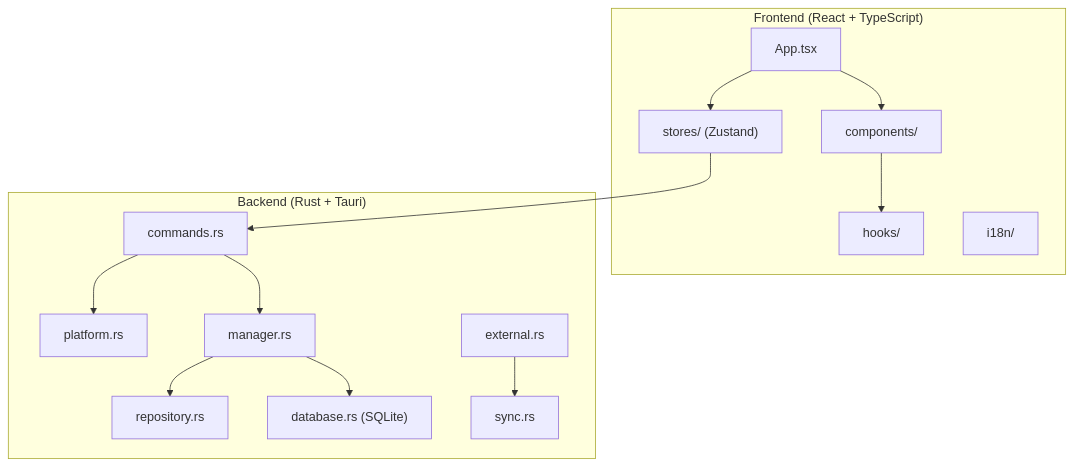
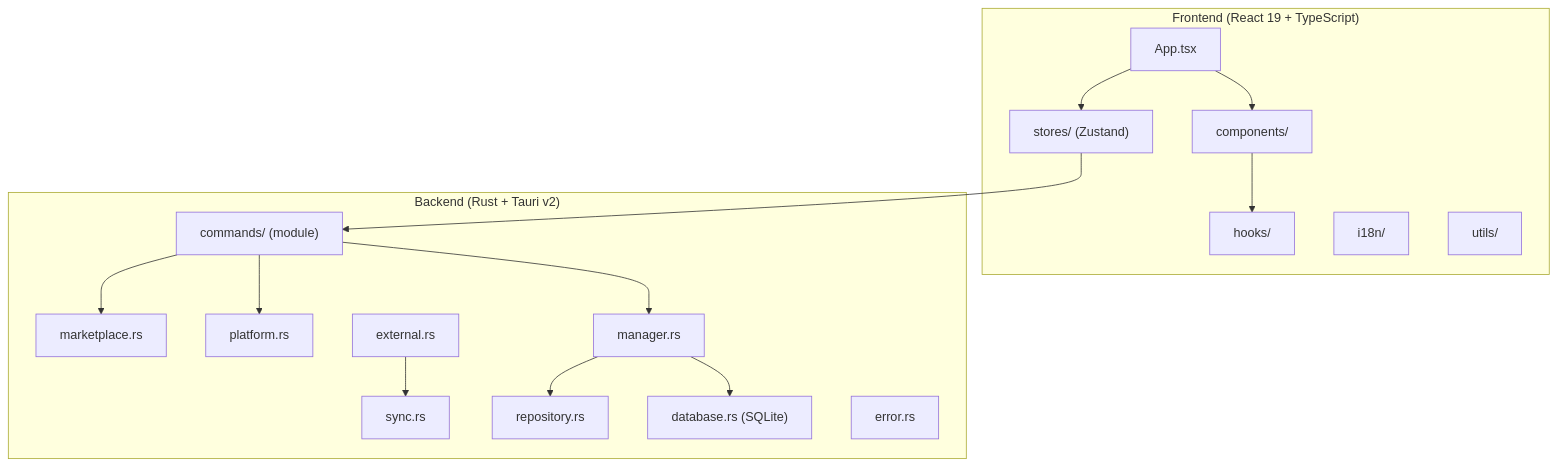
The diagram in agentkit-desktop/CLAUDE.md (bahayonghang/my-ai-cli-toolkit), drawn with Mermaid before and after one commit. The commit also changed other lines of this file and 59 other files, not shown here.

````diff
--- a/agentkit-desktop/CLAUDE.md
+++ b/agentkit-desktop/CLAUDE.md
@@ -17,30 +18,34 @@
 ```mermaid
 graph TB
-    subgraph Frontend["Frontend (React + TypeScript)"]
+    subgraph Frontend["Frontend (React 19 + TypeScript)"]
         App["App.tsx"]
         Components["components/"]
         Stores["stores/ (Zustand)"]
         Hooks["hooks/"]
         I18n["i18n/"]
+        Utils["utils/"]
     end
 
-    subgraph Backend["Backend (Rust + Tauri)"]
-        Commands["commands.rs"]
+    subgraph Backend["Backend (Rust + Tauri v2)"]
+        Commands["commands/ (module)"]
         Manager["manager.rs"]
         Platform["platform.rs"]
         Database["database.rs (SQLite)"]
         External["external.rs"]
         Sync["sync.rs"]
         Repository["repository.rs"]
+        Marketplace["marketplace.rs"]
+        Error["error.rs"]
     end
 
     App --> Components
     App --> Stores
     Components --> Hooks
     Stores --> Commands
     Commands --> Manager
     Commands --> Platform
+    Commands --> Marketplace
     Manager --> Database
     Manager --> Repository
     External --> Sync
 ```
````
